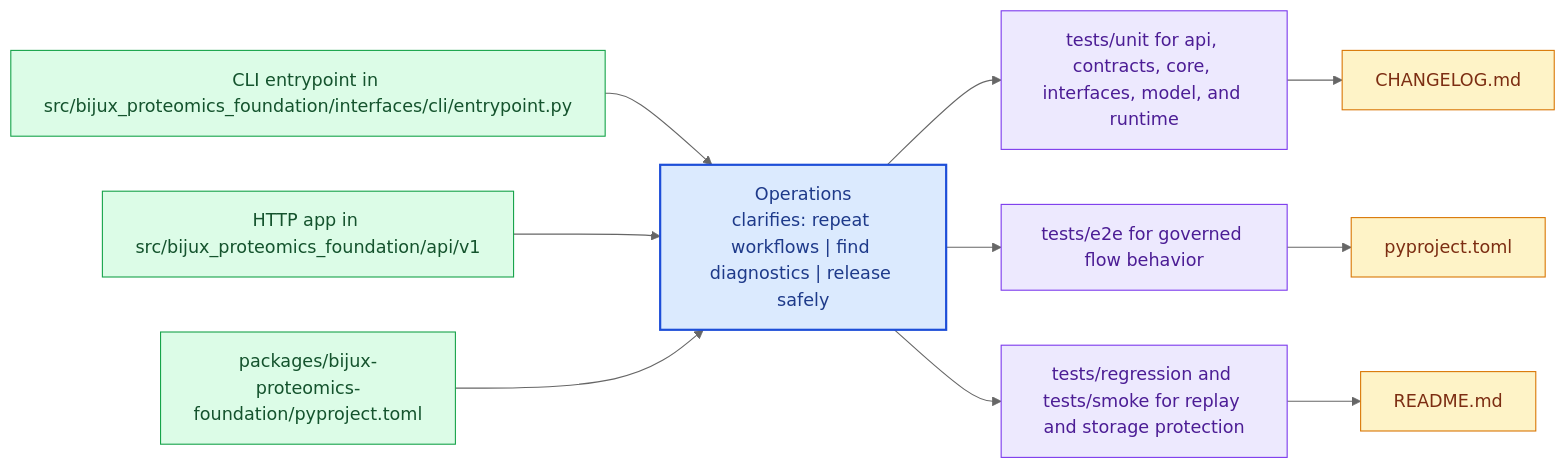
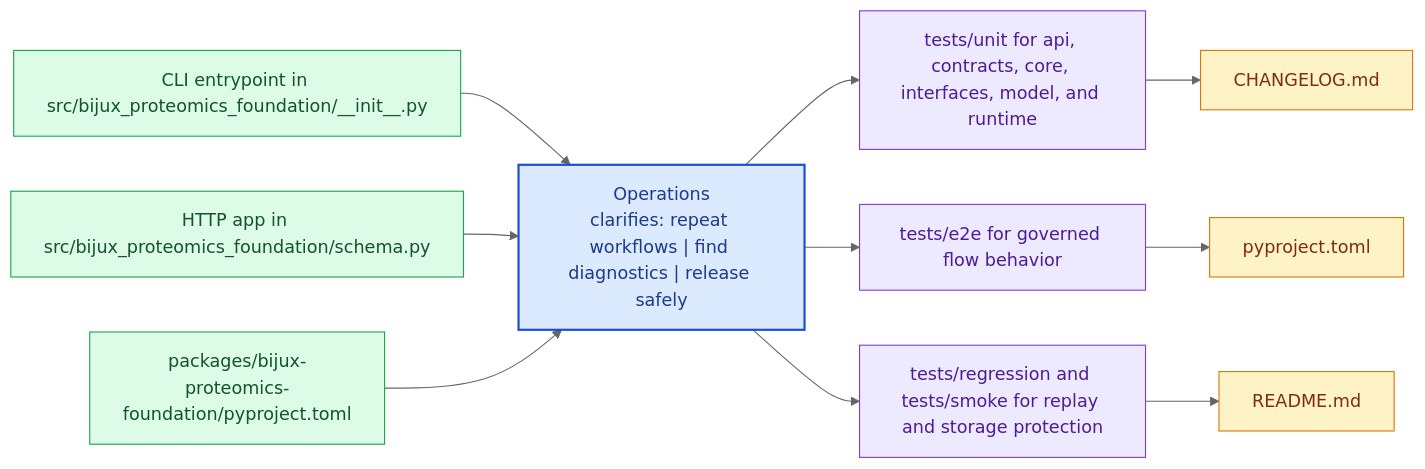
Before and after one commit to bijux/bijux-proteomics: the diagram in docs/bijux-proteomics-foundation/operations/index.md, drawn with Mermaid (neutral theme). The commit also changed 24 other files, not shown here.

Commit message:
docs(bijux-proteomics-foundation): align package handbook to schema and serialization ownership

````diff
--- a/docs/bijux-proteomics-foundation/operations/index.md
+++ b/docs/bijux-proteomics-foundation/operations/index.md
@@ -20,31 +20,31 @@
 ```mermaid
 flowchart LR
     page["Operations<br/>clarifies: repeat workflows | find diagnostics | release safely"]
     classDef page fill:#dbeafe,stroke:#1d4ed8,color:#1e3a8a,stroke-width:2px;
     classDef positive fill:#dcfce7,stroke:#16a34a,color:#14532d;
     classDef caution fill:#fee2e2,stroke:#dc2626,color:#7f1d1d;
     classDef anchor fill:#ede9fe,stroke:#7c3aed,color:#4c1d95;
     classDef action fill:#fef3c7,stroke:#d97706,color:#7c2d12;
-    step1["CLI entrypoint in src/bijux_proteomics_foundation/interfaces/cli/entrypoint.py"]
+    step1["CLI entrypoint in src/bijux_proteomics_foundation/__init__.py"]
     step1 --> page
-    step2["HTTP app in src/bijux_proteomics_foundation/api/v1"]
+    step2["HTTP app in src/bijux_proteomics_foundation/schema.py"]
     step2 --> page
     step3["packages/bijux-proteomics-foundation/pyproject.toml"]
     step3 --> page
     run1["tests/unit for api, contracts, core, interfaces, model, and runtime"]
     page --> run1
     run2["tests/e2e for governed flow behavior"]
     page --> run2
     run3["tests/regression and tests/smoke for replay and storage protection"]
     page --> run3
     release1["CHANGELOG.md"]
     run1 --> release1
     release2["pyproject.toml"]
     run2 --> release2
     release3["README.md"]
     run3 --> release3
     class page page;
     class step1,step2,step3 positive;
     class run1,run2,run3 anchor;
     class release1,release2,release3 action;
 ```
````
